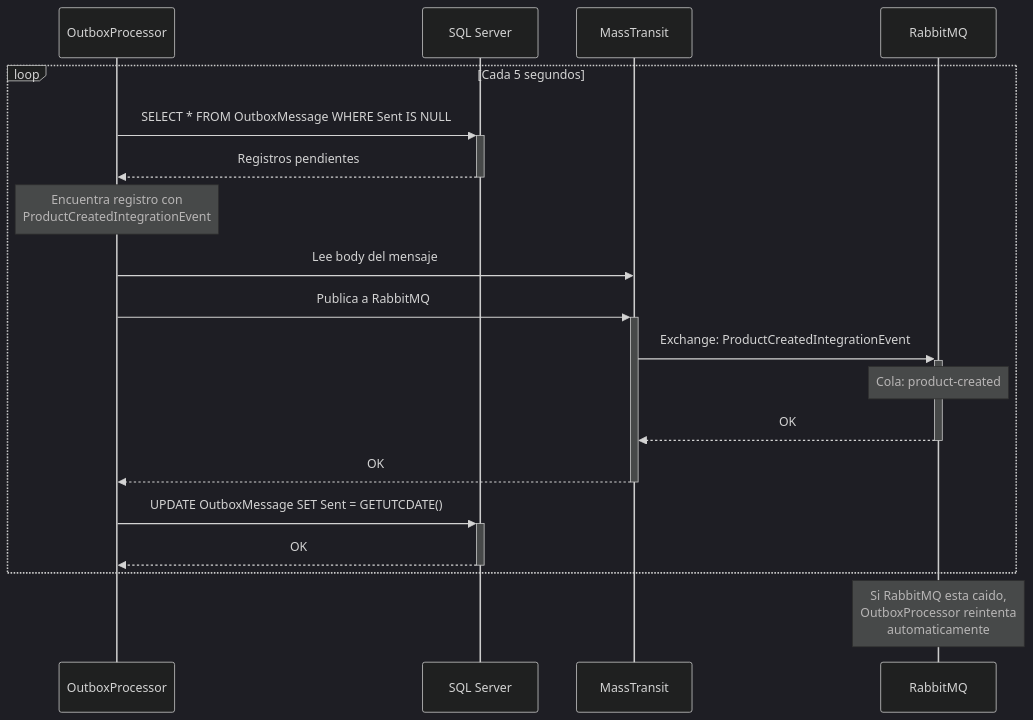
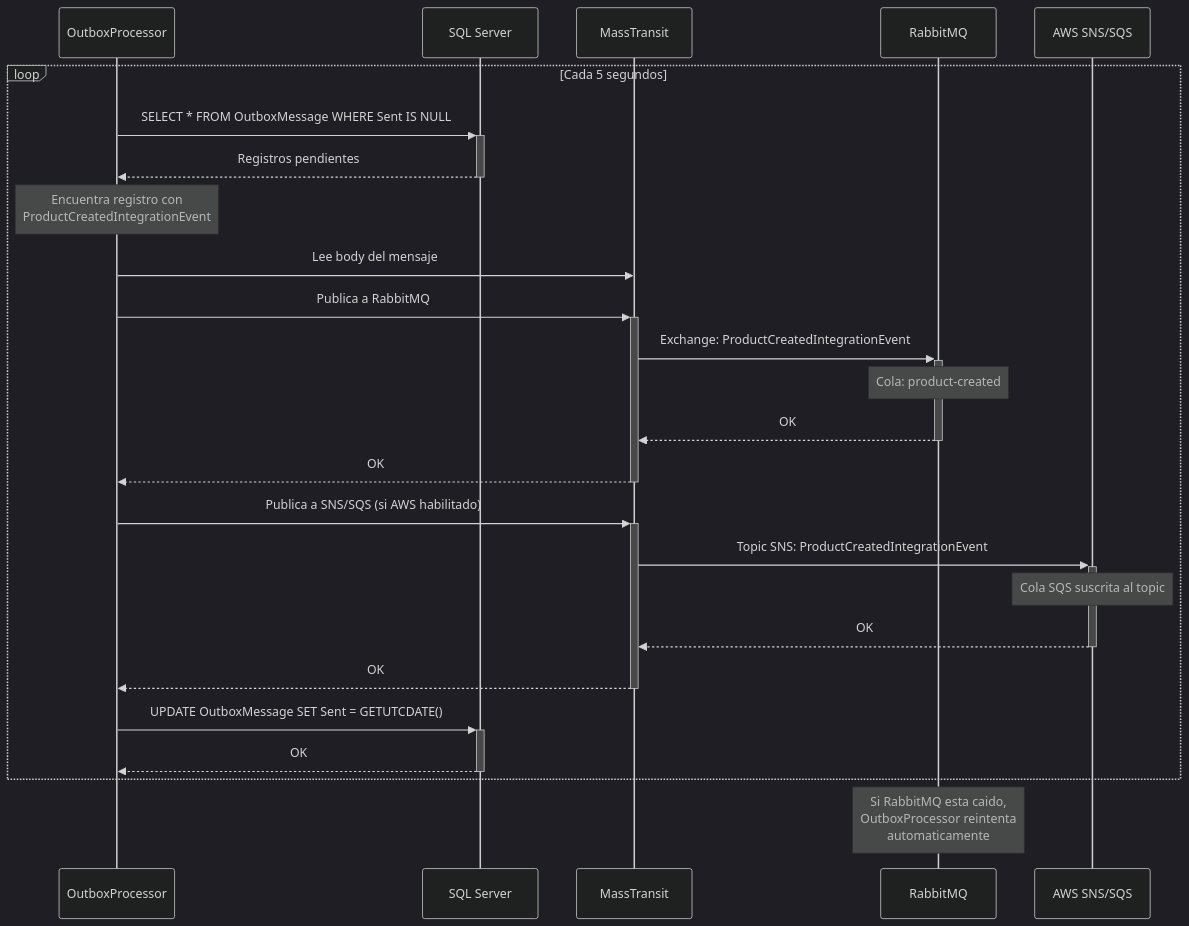
Before and after one commit to AcoranGonzalezMoray/SoftwareLearningGuide: the fifth of 7 diagrams in docs/README.md, drawn with Mermaid (dark theme). The commit also changed other lines of this file and 22 other files, not shown here.

````diff
--- a/docs/README.md
+++ b/docs/README.md
@@ -479,25 +542,32 @@
 ```mermaid
 sequenceDiagram
     participant OP as OutboxProcessor
     participant DB as SQL Server
     participant MT as MassTransit
     participant RMQ as RabbitMQ
+    participant AWS as AWS SNS/SQS
     
     loop Cada 5 segundos
         OP->>+DB: SELECT * FROM OutboxMessage WHERE Sent IS NULL
         DB-->>-OP: Registros pendientes
         Note over OP: Encuentra registro con<br/>ProductCreatedIntegrationEvent
         
         OP->>MT: Lee body del mensaje
         OP->>+MT: Publica a RabbitMQ
         MT->>+RMQ: Exchange: ProductCreatedIntegrationEvent
         Note over RMQ: Cola: product-created
         RMQ-->>-MT: OK
         MT-->>-OP: OK
         
+        OP->>+MT: Publica a SNS/SQS (si AWS habilitado)
+        MT->>+AWS: Topic SNS: ProductCreatedIntegrationEvent
+        Note over AWS: Cola SQS suscrita al topic
+        AWS-->>-MT: OK
+        MT-->>-OP: OK
+        
         OP->>+DB: UPDATE OutboxMessage SET Sent = GETUTCDATE()
         DB-->>-OP: OK
     end
     
     Note over RMQ: Si RabbitMQ esta caido,<br/>OutboxProcessor reintenta<br/>automaticamente
 ```
````
